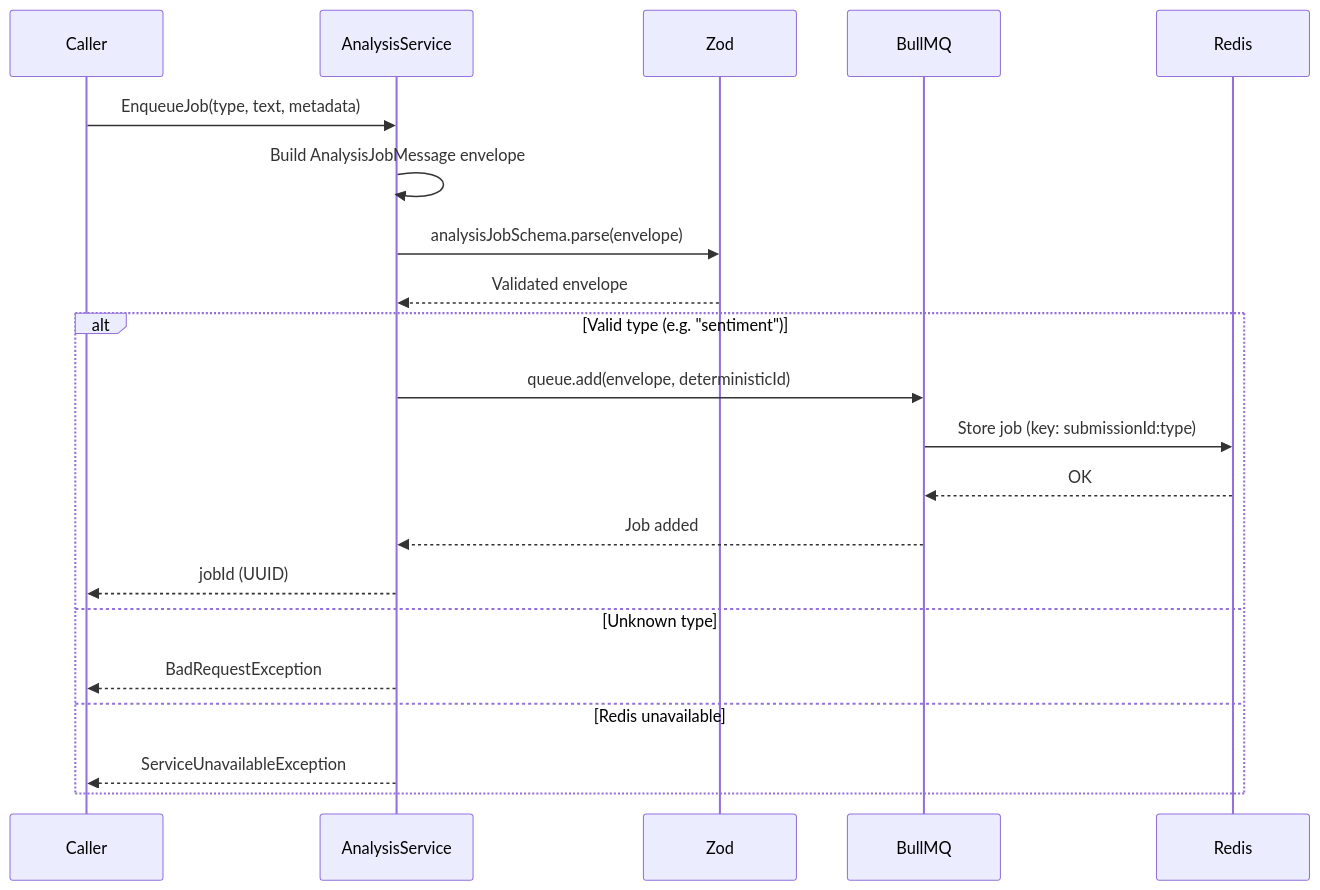
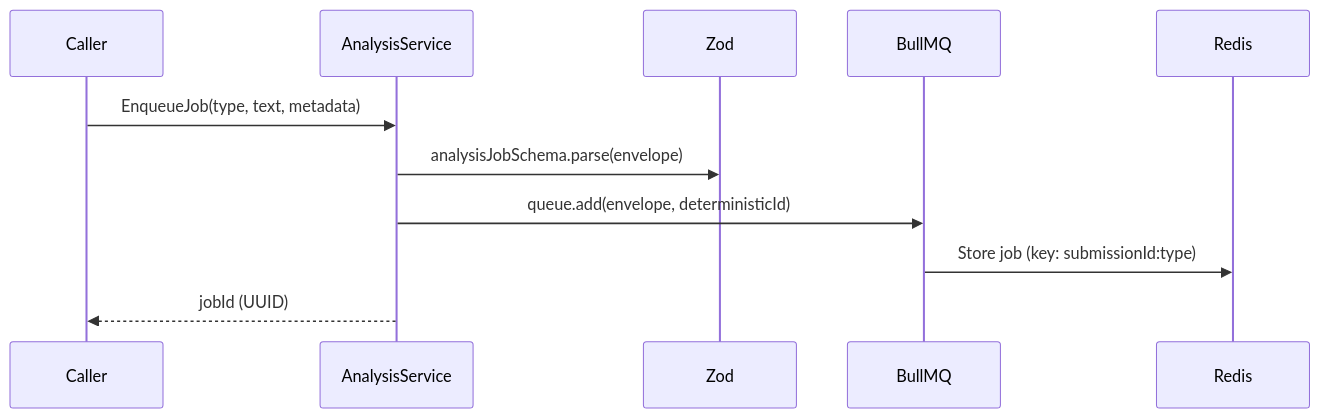
One commit to CtrlAltElite-Devs/api.faculytics changed the second of 4 diagrams in docs/workflows/analysis-job-processing.md. Above: the diagram before and after it, drawn with Mermaid. The commit also changed other lines of this file and 6 other files, not shown here.

````diff
--- a/docs/workflows/analysis-job-processing.md
+++ b/docs/workflows/analysis-job-processing.md
@@ -7,25 +57,14 @@
 ```mermaid
 sequenceDiagram
     participant Caller
     participant AnalysisService
     participant Zod
     participant BullMQ
     participant Redis
 
     Caller->>AnalysisService: EnqueueJob(type, text, metadata)
-    AnalysisService->>AnalysisService: Build AnalysisJobMessage envelope
     AnalysisService->>Zod: analysisJobSchema.parse(envelope)
-    Zod-->>AnalysisService: Validated envelope
-
-    alt Valid type (e.g. "sentiment")
-        AnalysisService->>BullMQ: queue.add(envelope, deterministicId)
-        BullMQ->>Redis: Store job (key: submissionId:type)
-        Redis-->>BullMQ: OK
-        BullMQ-->>AnalysisService: Job added
-        AnalysisService-->>Caller: jobId (UUID)
-    else Unknown type
-        AnalysisService-->>Caller: BadRequestException
-    else Redis unavailable
-        AnalysisService-->>Caller: ServiceUnavailableException
-    end
+    AnalysisService->>BullMQ: queue.add(envelope, deterministicId)
+    BullMQ->>Redis: Store job (key: submissionId:type)
+    AnalysisService-->>Caller: jobId (UUID)
 ```
````
